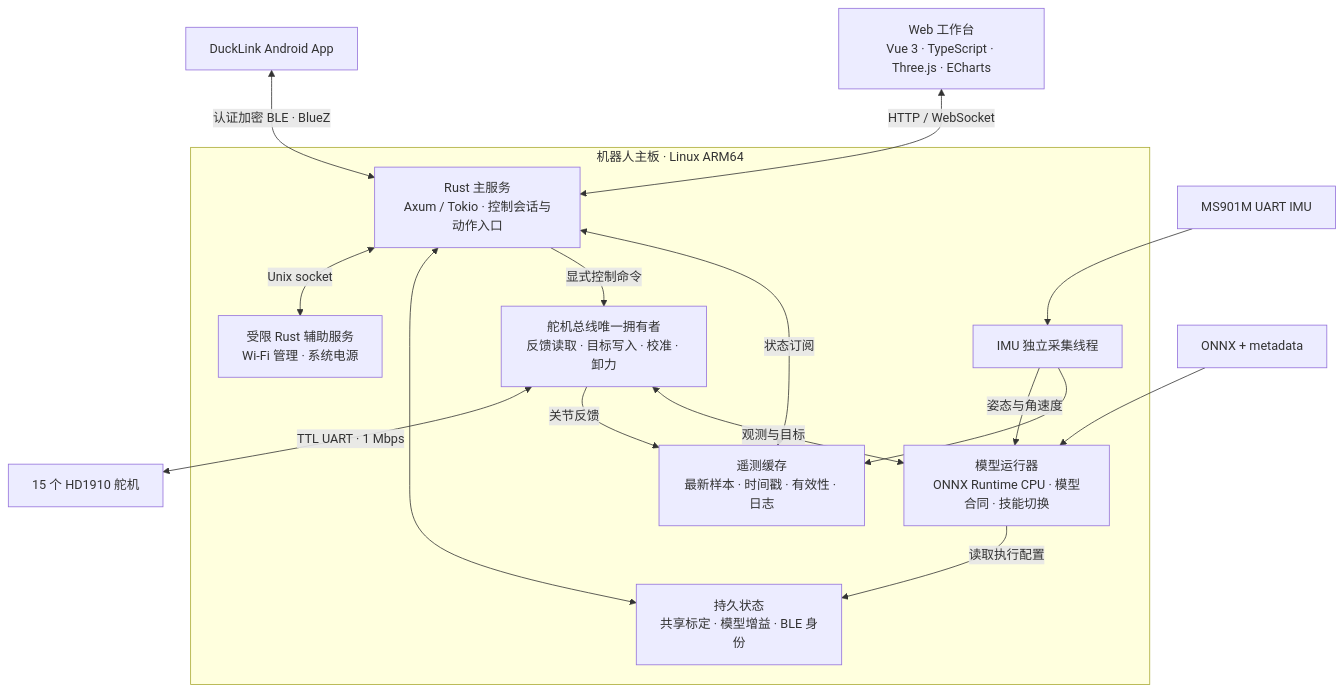
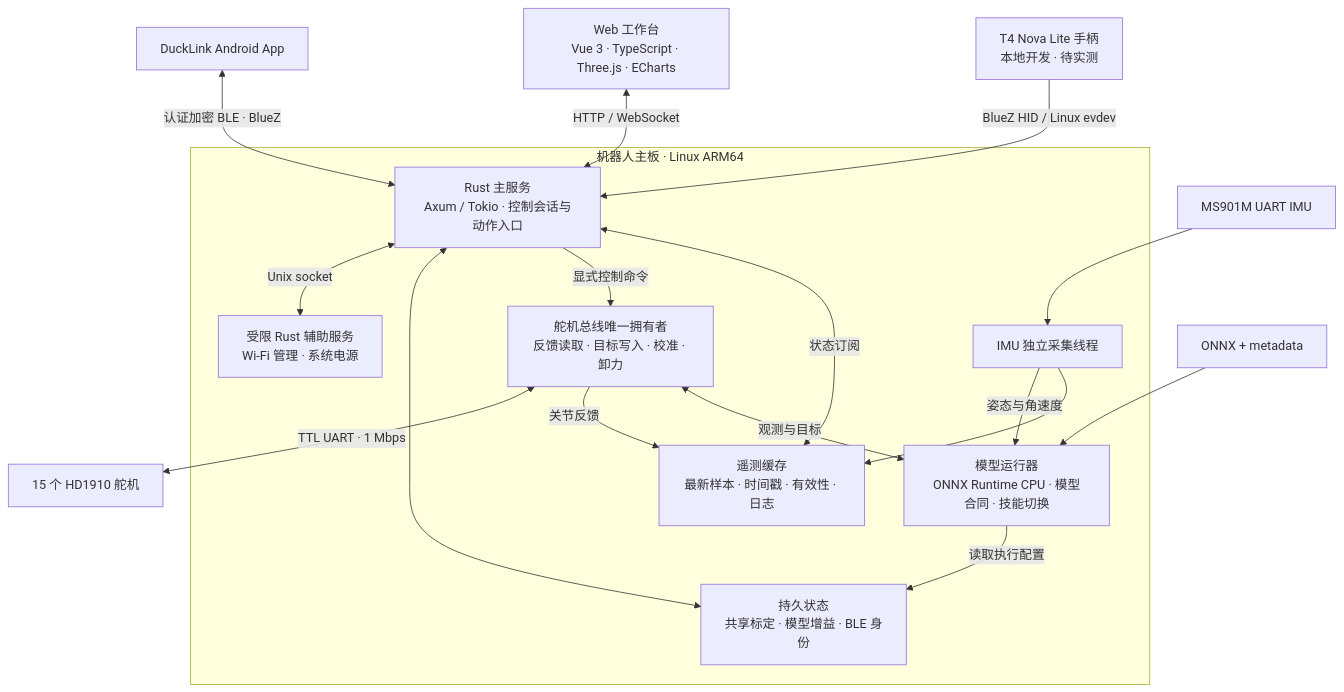
One commit to Ley-WL/microduck-observer changed the diagram in README.md. Above: the diagram before and after it, drawn with Mermaid. The commit also changed other lines of this file and 6 other files, not shown here.

````diff
--- a/README.md
+++ b/README.md
@@ -39,30 +52,32 @@
 ```mermaid
 flowchart TB
     Web["Web 工作台<br/>Vue 3 · TypeScript · Three.js · ECharts"]
     App[DuckLink Android App]
+    Gamepad["T4 Nova Lite 手柄<br/>本地开发 · 待实测"]
+    Gamepad -->|BlueZ HID / Linux evdev| API
     Web <-->|HTTP / WebSocket| API
     App <-->|认证加密 BLE · BlueZ| API
 
     subgraph Board[机器人主板 · Linux ARM64]
         API["Rust 主服务<br/>Axum / Tokio · 控制会话与动作入口"]
         Telemetry["遥测缓存<br/>最新样本 · 时间戳 · 有效性 · 日志"]
         Bus["舵机总线唯一拥有者<br/>反馈读取 · 目标写入 · 校准 · 卸力"]
         Policy["模型运行器<br/>ONNX Runtime CPU · 模型合同 · 技能切换"]
         IMU[IMU 独立采集线程]
         State["持久状态<br/>共享标定 · 模型增益 · BLE 身份"]
         Helpers["受限 Rust 辅助服务<br/>Wi-Fi 管理 · 系统电源"]
         API <-->|状态订阅| Telemetry
         API -->|显式控制命令| Bus
         Bus <-->|观测与目标| Policy
         Bus -->|关节反馈| Telemetry
         IMU --> Telemetry
         IMU -->|姿态与角速度| Policy
         API <--> State
         Policy -->|读取执行配置| State
         API <-->|Unix socket| Helpers
     end
 
     Bus <-->|TTL UART · 1 Mbps| Servos[15 个 HD1910 舵机]
     Sensor[MS901M UART IMU] --> IMU
     Files[ONNX + metadata] --> Policy
 ```
````
